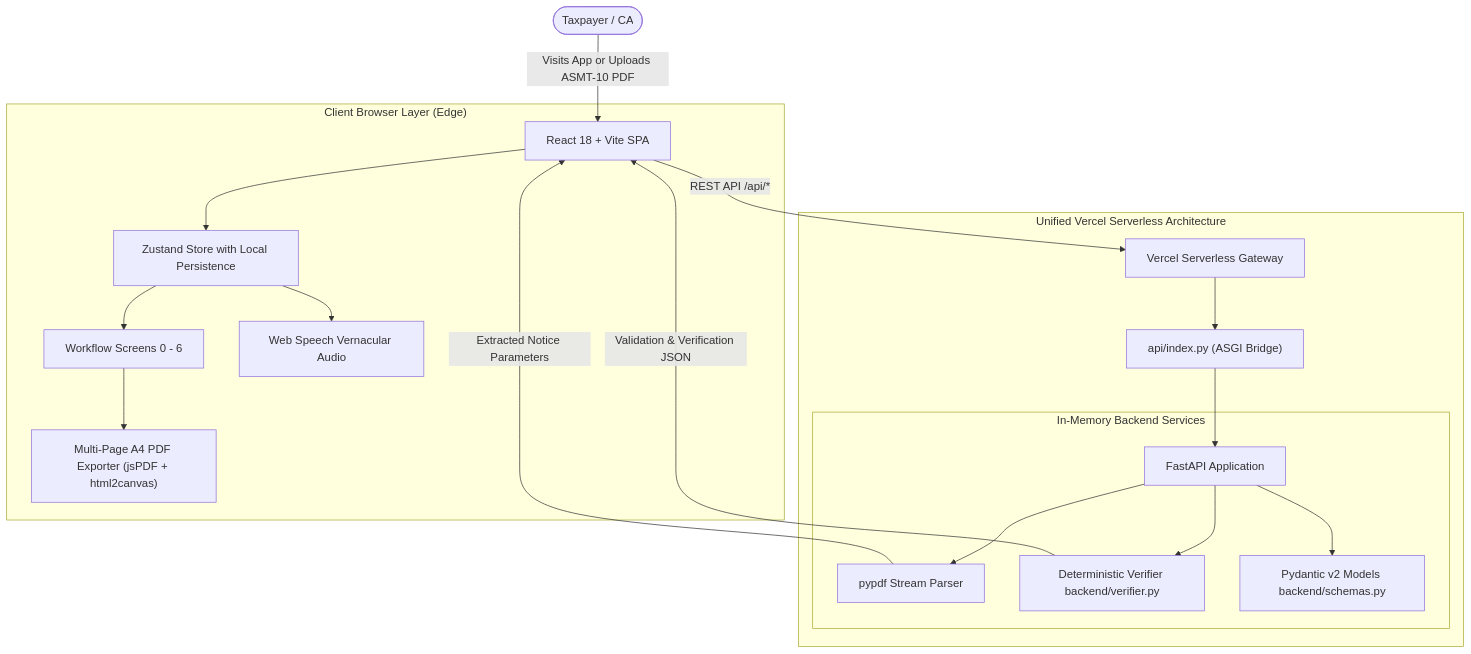
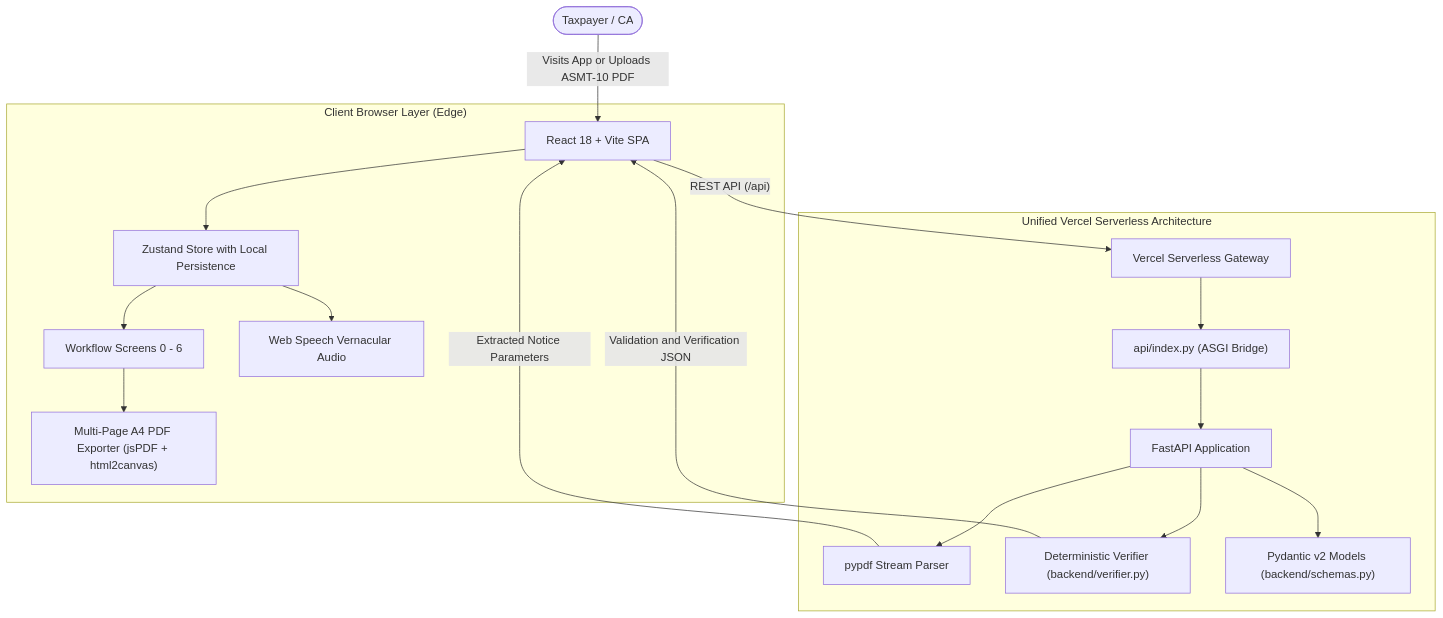
The diagram in README.md (nikhilkunte645-maker/DHAAL-GST-SHEILD), drawn with Mermaid before and after one commit. The commit also changed other lines of this file, not shown here.

Commit message:
docs: fix Mermaid syntax errors and add Why DHAAL section

````diff
--- a/README.md
+++ b/README.md
@@ -95,26 +108,23 @@
 ```mermaid
 flowchart TD
-    User([Taxpayer / CA]) -->|Visits App or Uploads ASMT-10 PDF| Frontend[React 18 + Vite SPA]
+    User(["Taxpayer / CA"]) -->|"Visits App or Uploads ASMT-10 PDF"| Frontend["React 18 + Vite SPA"]
     
     subgraph Client ["Client Browser Layer (Edge)"]
-        Frontend --> Store[Zustand Store with Local Persistence]
+        Frontend --> Store["Zustand Store with Local Persistence"]
         Store --> Screens["Workflow Screens 0 - 6"]
-        Store --> AudioEngine[Web Speech Vernacular Audio]
+        Store --> AudioEngine["Web Speech Vernacular Audio"]
         Screens --> PDFEngine["Multi-Page A4 PDF Exporter (jsPDF + html2canvas)"]
     end
     
     subgraph Vercel ["Unified Vercel Serverless Architecture"]
-        Frontend -->|REST API /api/*| VercelRewrites[Vercel Serverless Gateway]
+        Frontend -->|"REST API (/api)"| VercelRewrites["Vercel Serverless Gateway"]
         VercelRewrites --> ServerlessBridge["api/index.py (ASGI Bridge)"]
-        ServerlessBridge --> BackendApp[FastAPI Application]
-        
-        subgraph BackendProcessing ["In-Memory Backend Services"]
-            BackendApp --> PDFParser[pypdf Stream Parser]
-            BackendApp --> Verifier[Deterministic Verifier backend/verifier.py]
-            BackendApp --> Schemas[Pydantic v2 Models backend/schemas.py]
-        end
+        ServerlessBridge --> BackendApp["FastAPI Application"]
+        BackendApp --> PDFParser["pypdf Stream Parser"]
+        BackendApp --> Verifier["Deterministic Verifier (backend/verifier.py)"]
+        BackendApp --> Schemas["Pydantic v2 Models (backend/schemas.py)"]
     end
 
-    Verifier -->|Validation & Verification JSON| Frontend
-    PDFParser -->|Extracted Notice Parameters| Frontend
+    Verifier -->|"Validation and Verification JSON"| Frontend
+    PDFParser -->|"Extracted Notice Parameters"| Frontend
 ```
````
